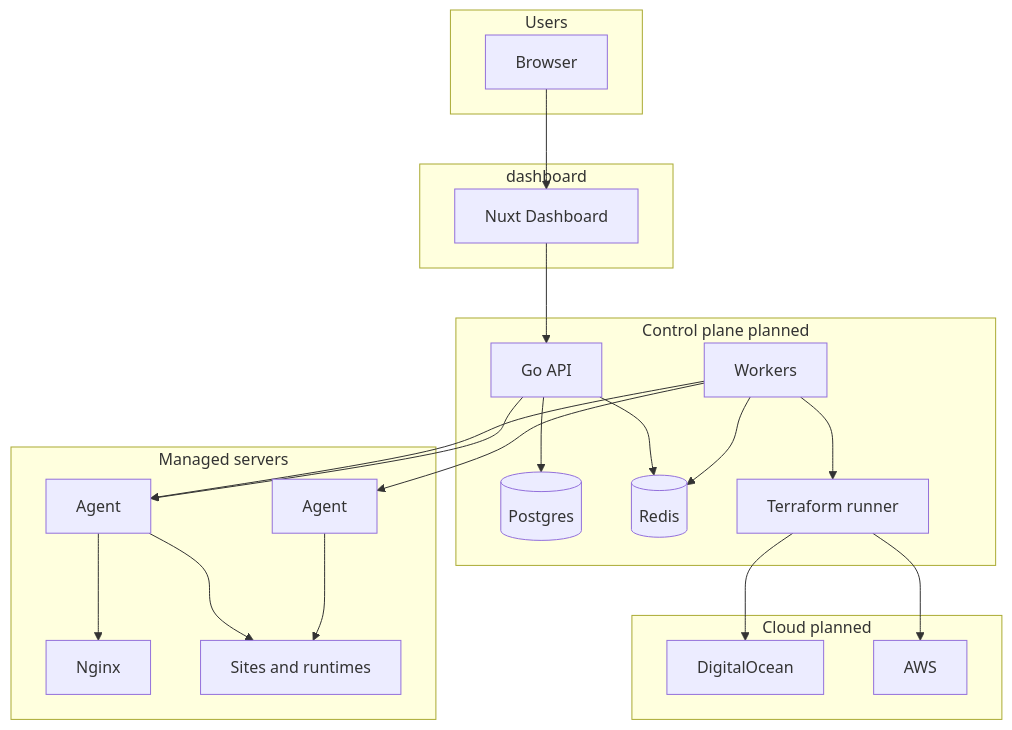
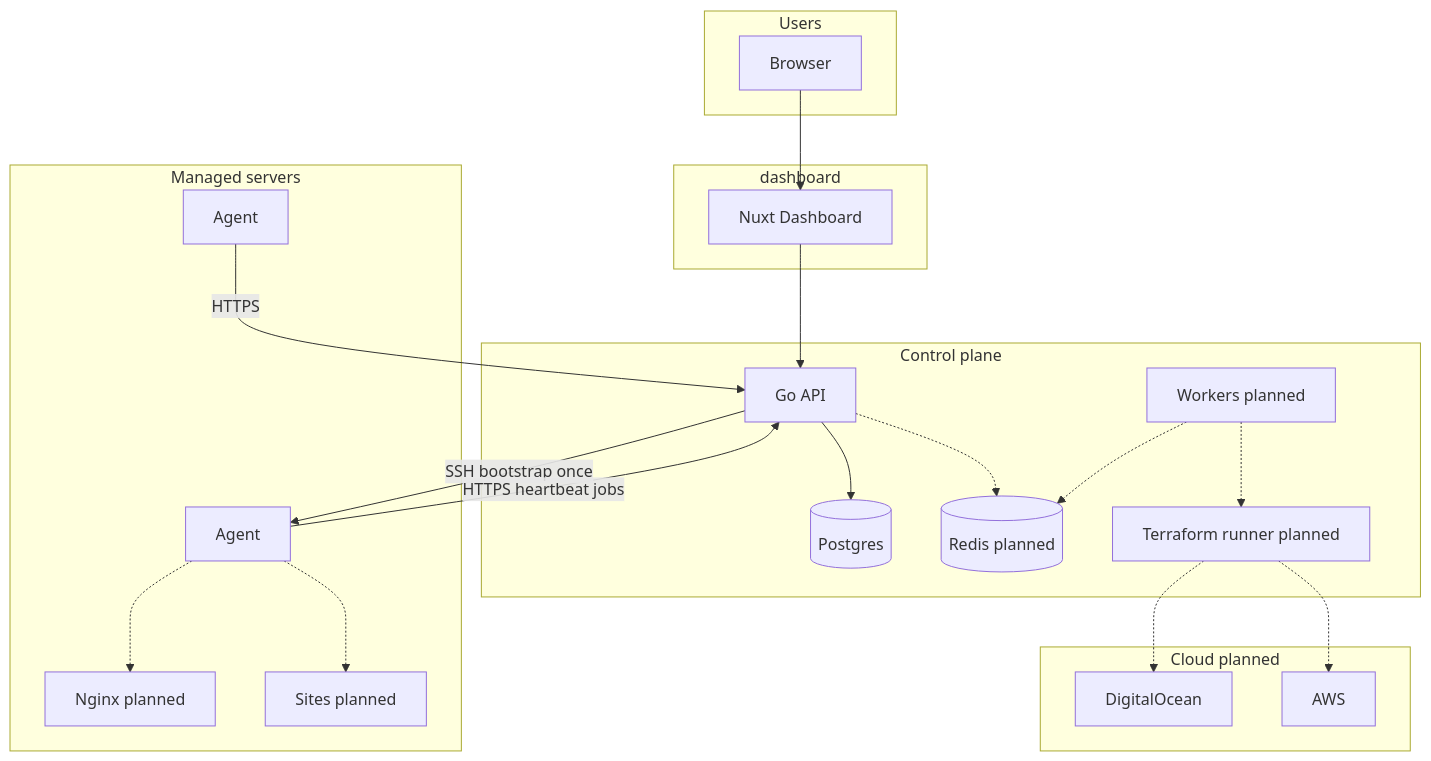
Before and after one commit to xentixar/server-management: the first of 3 diagrams in docs/ARCHITECTURE.md, drawn with Mermaid. The commit also changed other lines of this file and 50 other files, not shown here.

First line of the commit message:
Enhance README and add API documentation; introduce agent and server management features

````diff
--- a/docs/ARCHITECTURE.md
+++ b/docs/ARCHITECTURE.md
@@ -7,45 +7,44 @@
 ```mermaid
 flowchart TB
   subgraph users [Users]
     Browser[Browser]
   end
 
   subgraph frontend [dashboard]
     Dashboard[Nuxt Dashboard]
   end
 
-  subgraph control [Control plane planned]
+  subgraph control [Control plane]
     API[Go API]
     PG[(Postgres)]
-    Redis[(Redis)]
-    Worker[Workers]
-    TF[Terraform runner]
+    Redis[(Redis planned)]
+    Worker[Workers planned]
+    TF[Terraform runner planned]
   end
 
   subgraph infra [Cloud planned]
     DO[DigitalOcean]
     AWS[AWS]
   end
 
   subgraph managed [Managed servers]
     Agent1[Agent]
     Agent2[Agent]
-    Nginx[Nginx]
-    Apps[Sites and runtimes]
+    Nginx[Nginx planned]
+    Apps[Sites planned]
   end
 
   Browser --> Dashboard
   Dashboard --> API
   API --> PG
-  API --> Redis
-  Worker --> Redis
-  Worker --> TF
-  TF --> DO
-  TF --> AWS
-  Worker --> Agent1
-  Worker --> Agent2
-  API --> Agent1
-  Agent1 --> Nginx
-  Agent1 --> Apps
-  Agent2 --> Apps
+  API -.-> Redis
+  Worker -.-> Redis
+  Worker -.-> TF
+  TF -.-> DO
+  TF -.-> AWS
+  API -->|SSH bootstrap once| Agent1
+  Agent1 -->|HTTPS heartbeat jobs| API
+  Agent2 -->|HTTPS| API
+  Agent1 -.-> Nginx
+  Agent1 -.-> Apps
 ```
````
